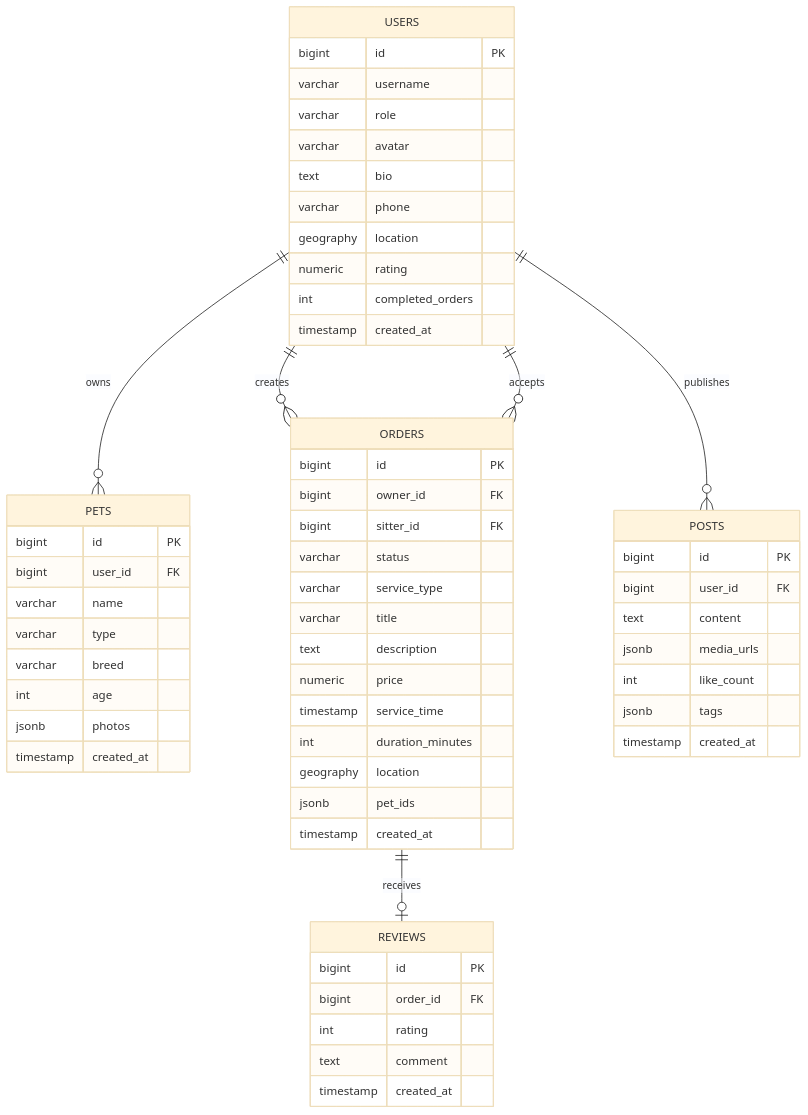
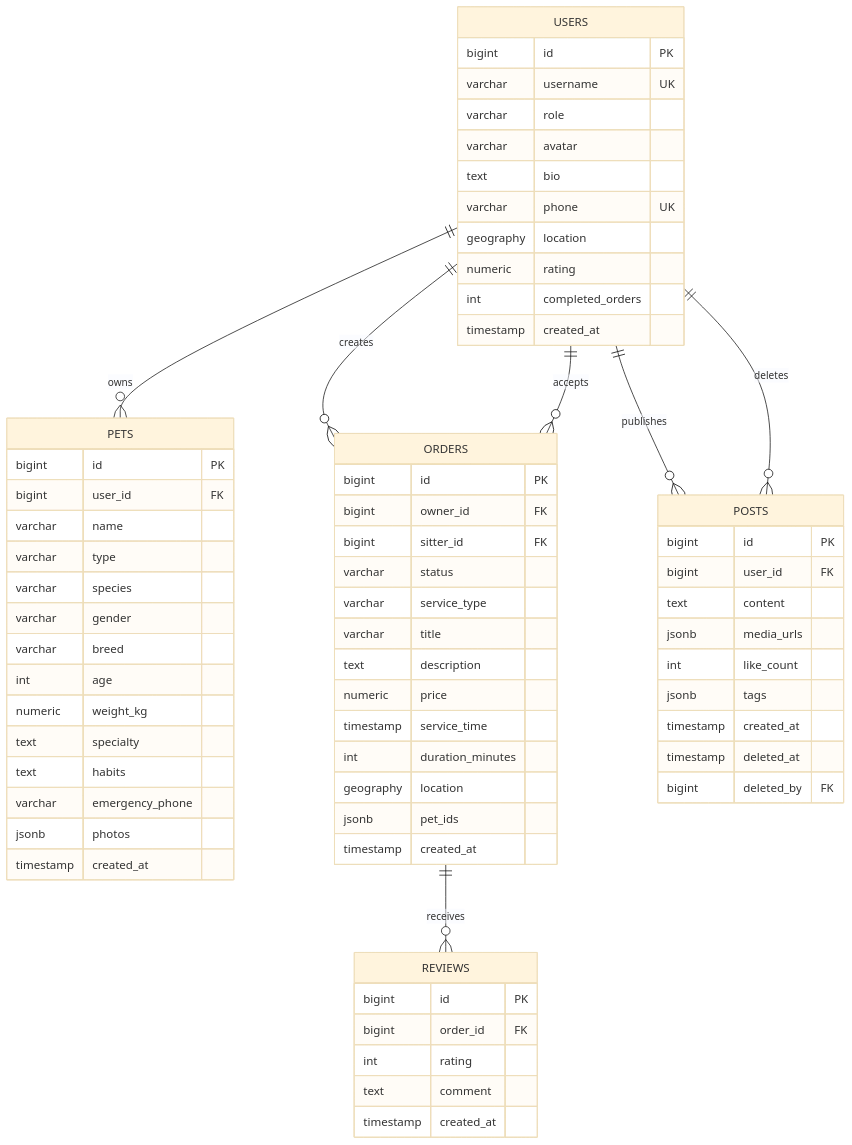
One commit to PinocchioCat/FiveCat changed the first of 2 diagrams in docs/database-er-structure.md. Above: the diagram before and after it, drawn with Mermaid (base theme). The commit also changed other lines of this file and 56 other files, not shown here.

````diff
--- a/docs/database-er-structure.md
+++ b/docs/database-er-structure.md
@@ -59,66 +44,75 @@
 ```mermaid
 erDiagram
     USERS ||--o{ PETS : owns
     USERS ||--o{ ORDERS : creates
     USERS ||--o{ ORDERS : accepts
     USERS ||--o{ POSTS : publishes
-    ORDERS ||--o| REVIEWS : receives
+    USERS ||--o{ POSTS : deletes
+    ORDERS ||--o{ REVIEWS : receives
 
     USERS {
         bigint id PK
-        varchar username
+        varchar username UK
         varchar role
         varchar avatar
         text bio
-        varchar phone
+        varchar phone UK
         geography location
         numeric rating
         int completed_orders
         timestamp created_at
     }
 
     PETS {
         bigint id PK
         bigint user_id FK
         varchar name
         varchar type
+        varchar species
+        varchar gender
         varchar breed
         int age
+        numeric weight_kg
+        text specialty
+        text habits
+        varchar emergency_phone
         jsonb photos
         timestamp created_at
     }
 
     ORDERS {
         bigint id PK
         bigint owner_id FK
         bigint sitter_id FK
         varchar status
         varchar service_type
         varchar title
         text description
         numeric price
         timestamp service_time
         int duration_minutes
         geography location
         jsonb pet_ids
         timestamp created_at
     }
 
     POSTS {
         bigint id PK
         bigint user_id FK
         text content
         jsonb media_urls
         int like_count
         jsonb tags
         timestamp created_at
+        timestamp deleted_at
+        bigint deleted_by FK
     }
 
     REVIEWS {
         bigint id PK
         bigint order_id FK
         int rating
         text comment
         timestamp created_at
     }
 ```
````
